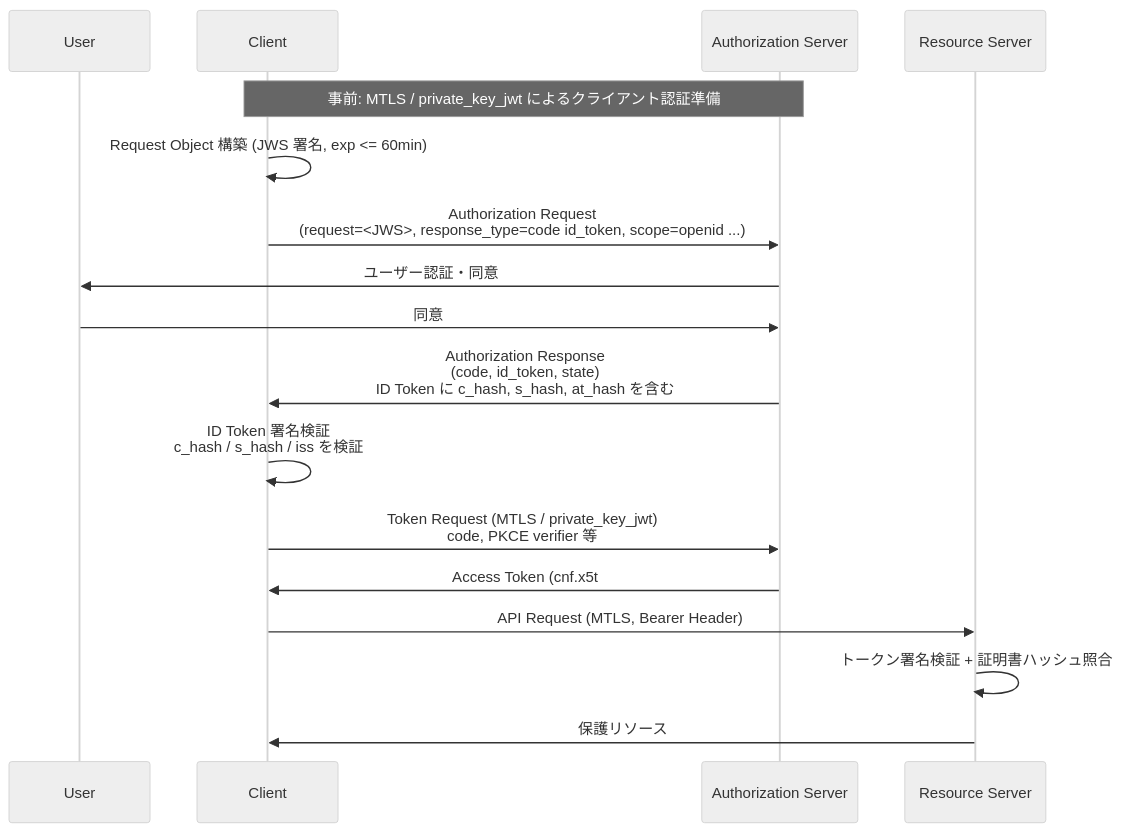
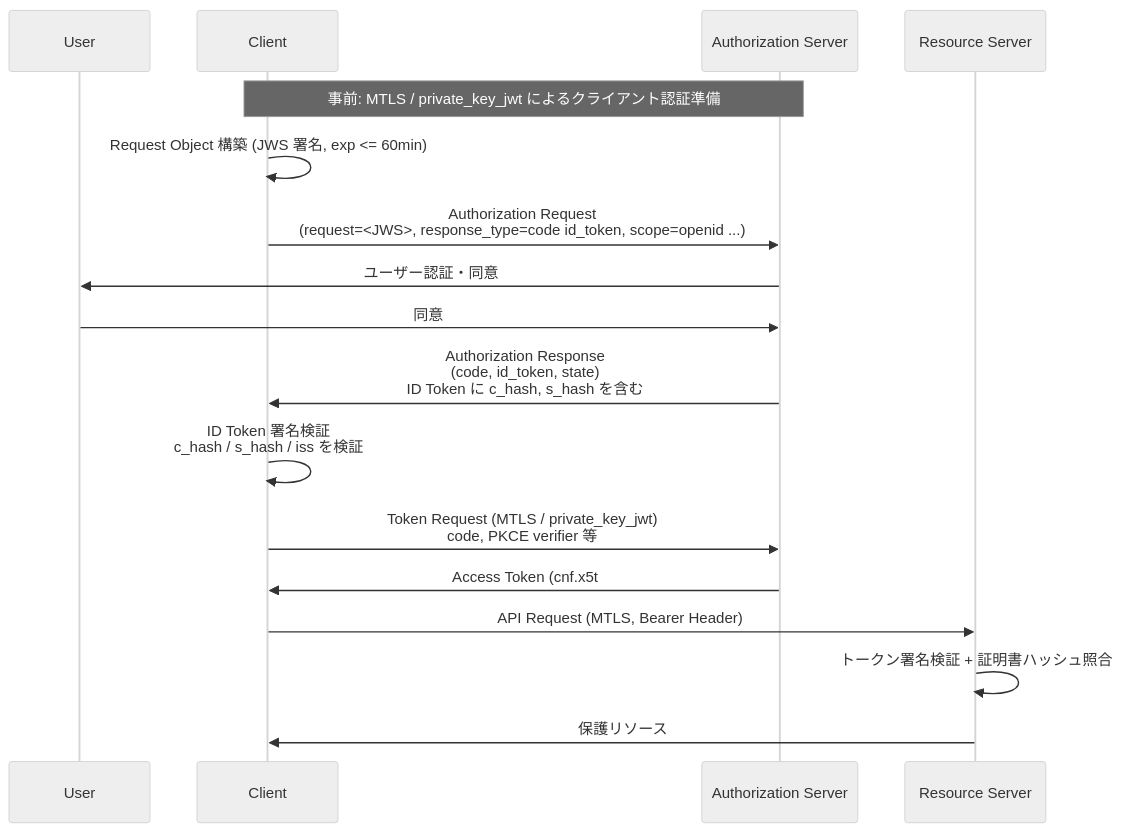
The first of 2 diagrams in docs/specs/fapi-1_0-advanced.md (nbifrye/idbok), drawn with Mermaid (neutral theme) before and after one commit. The commit also changed other lines of this file, not shown here.

````diff
--- a/docs/specs/fapi-1_0-advanced.md
+++ b/docs/specs/fapi-1_0-advanced.md
@@ -55,20 +56,20 @@
 ```mermaid
 sequenceDiagram
     participant U as User
     participant C as Client
     participant AS as Authorization Server
     participant RS as Resource Server
 
     Note over C,AS: 事前: MTLS / private_key_jwt によるクライアント認証準備
     C->>C: Request Object 構築 (JWS 署名, exp <= 60min)
     C->>AS: Authorization Request<br/>(request=<JWS>, response_type=code id_token, scope=openid ...)
     AS->>U: ユーザー認証・同意
     U->>AS: 同意
-    AS->>C: Authorization Response<br/>(code, id_token, state)<br/>ID Token に c_hash, s_hash, at_hash を含む
+    AS->>C: Authorization Response<br/>(code, id_token, state)<br/>ID Token に c_hash, s_hash を含む
     C->>C: ID Token 署名検証<br/>c_hash / s_hash / iss を検証
     C->>AS: Token Request (MTLS / private_key_jwt)<br/>code, PKCE verifier 等
     AS->>C: Access Token (cnf.x5t#S256 でクライアント証明書にバインド)
     C->>RS: API Request (MTLS, Bearer Header)
     RS->>RS: トークン署名検証 + 証明書ハッシュ照合
     RS->>C: 保護リソース
 ```
````
